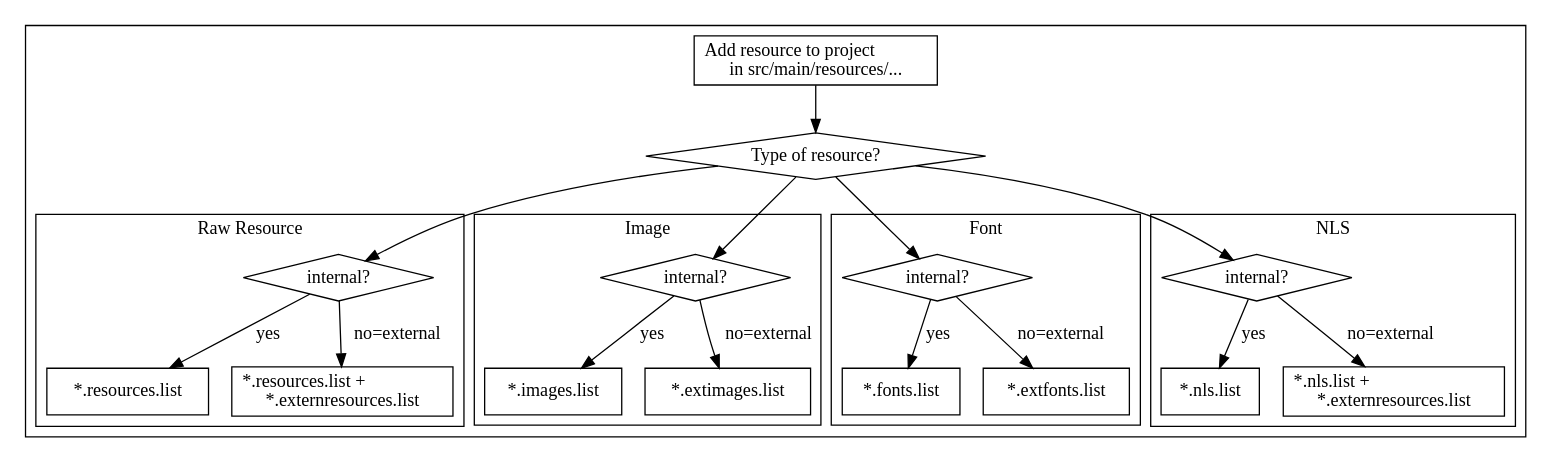
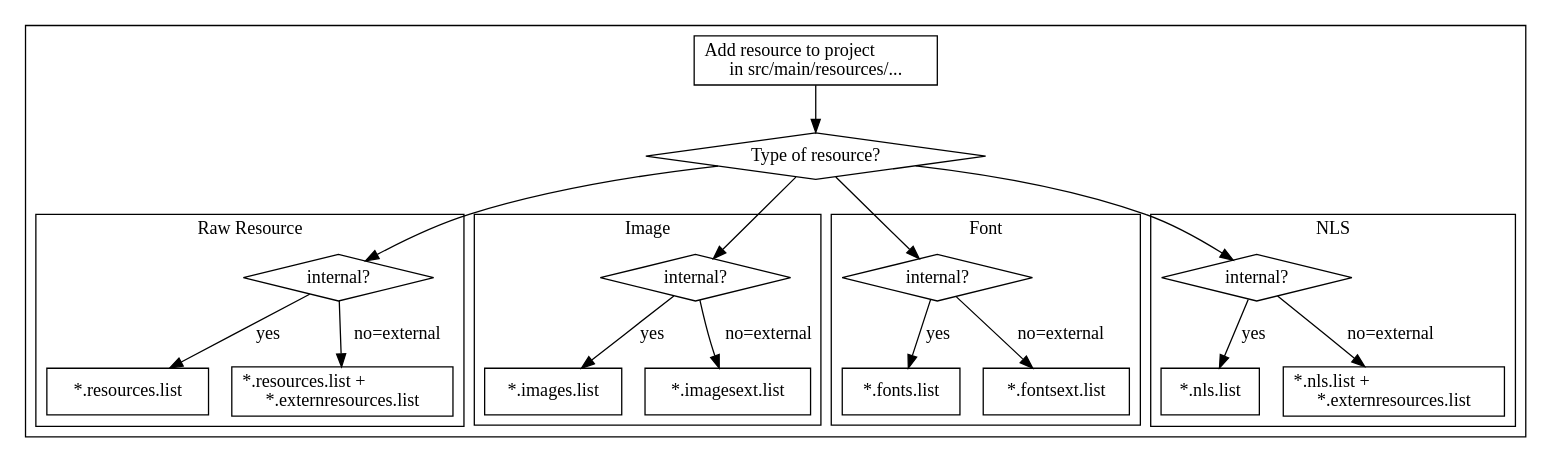
One commit to MicroEJ/docs changed the diagram in ApplicationDeveloperGuide/applicationResources.rst. Above: the diagram before and after it, drawn with Graphviz. The commit also changed 2 other files, not shown here.

Commit message:
fix images and fonts extension file

```diff
--- a/ApplicationDeveloperGuide/applicationResources.rst
+++ b/ApplicationDeveloperGuide/applicationResources.rst
@@ -34,53 +34,53 @@
 .. graphviz::
 
   digraph D {
   
   subgraph cluster_main {
       init [shape=box, label="Add resource to project\lin src/main/resources/..." ]
       type [shape=diamond, label="Type of resource?"]
   
       internalRaw [shape=diamond, label="internal?"]
       internalImage [shape=diamond, label="internal?"]
       internalFont [shape=diamond, label="internal?"]
       internalNLS [shape=diamond, label="internal?"]
   
       rawList [shape=box, label="*.resources.list"]
       rawExt [shape=box, label="*.resources.list +\l*.externresources.list"]
       imagesList [shape=box, label="*.images.list"]
-      imagesExt [shape=box, label="*.extimages.list"]
+      imagesExt [shape=box, label="*.imagesext.list"]
       fontsList [shape=box, label="*.fonts.list"]
-      fontsExt [shape=box, label="*.extfonts.list"]
+      fontsExt [shape=box, label="*.fontsext.list"]
       NLSList [shape=box, label="*.nls.list"]
       NLSExt [shape=box, label="*.nls.list +\l*.externresources.list"]
   
       init -> type
   
       type -> internalRaw
       subgraph cluster_Raw {
           label ="Raw Resource"
           internalRaw -> rawList [label="yes"]
           internalRaw -> rawExt [label="no=external"]
       }
   
       type -> internalImage
       subgraph cluster_image {
           label ="Image"
           internalImage -> imagesList [label="yes"]
           internalImage -> imagesExt [label="no=external"]
       }
   
       type -> internalFont
       subgraph cluster_font {
           label ="Font"
           internalFont -> fontsList [label="yes"]
           internalFont -> fontsExt [label="no=external"]
       }
       type -> internalNLS
       subgraph cluster_NLS {
           label ="NLS"
           internalNLS -> NLSList [label="yes"]
           internalNLS -> NLSExt [label="no=external"]
       }
   }
   
   }
```
